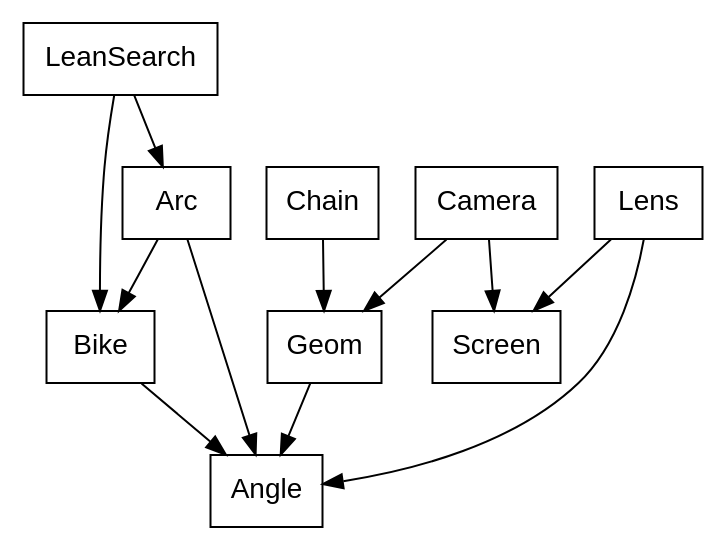
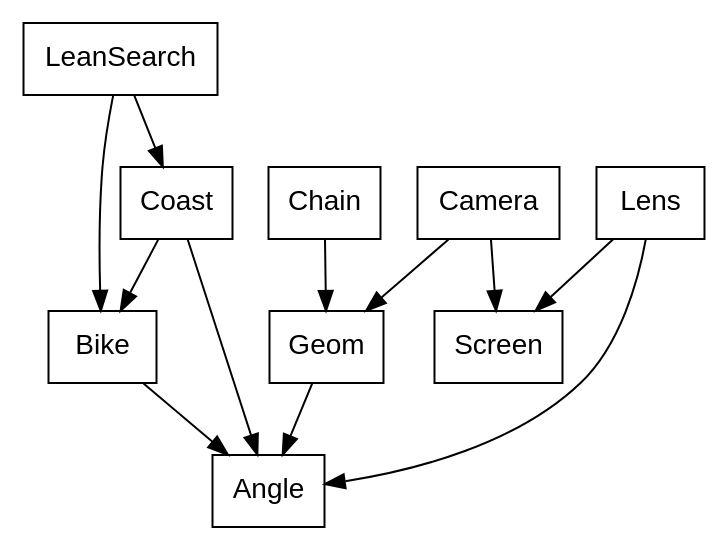
Before and after one commit to showell/roc-apps: diagram 17 of 19 in canvas_apps/safari/tutorial/tutorial.md, drawn with Graphviz. The commit also changed other lines of this file and 4 other files, not shown here.

First line of the commit message:
safari: Arc becomes Coast

````diff
--- a/canvas_apps/safari/tutorial/tutorial.md
+++ b/canvas_apps/safari/tutorial/tutorial.md
@@ -1081,16 +1081,16 @@
 ```dot
 digraph math {
   node [shape=box, fontname="Helvetica"];
-  LeanSearch -> Arc;
+  LeanSearch -> Coast;
   LeanSearch -> Bike;
-  Arc -> Bike;
-  Arc -> Angle;
+  Coast -> Bike;
+  Coast -> Angle;
   Bike -> Angle;
   Chain -> Geom;
   Camera -> Geom;
   Camera -> Screen;
   Lens -> Angle;
   Lens -> Screen;
   Geom -> Angle;
 }
 ```
````
